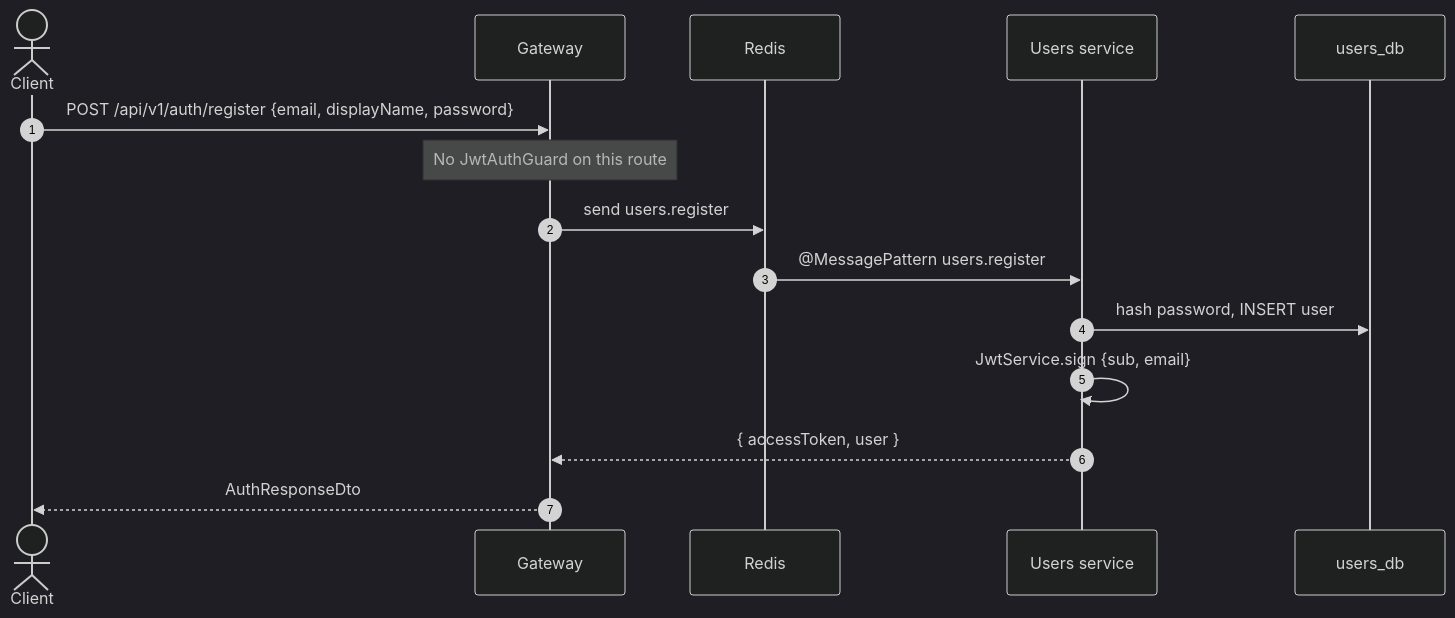
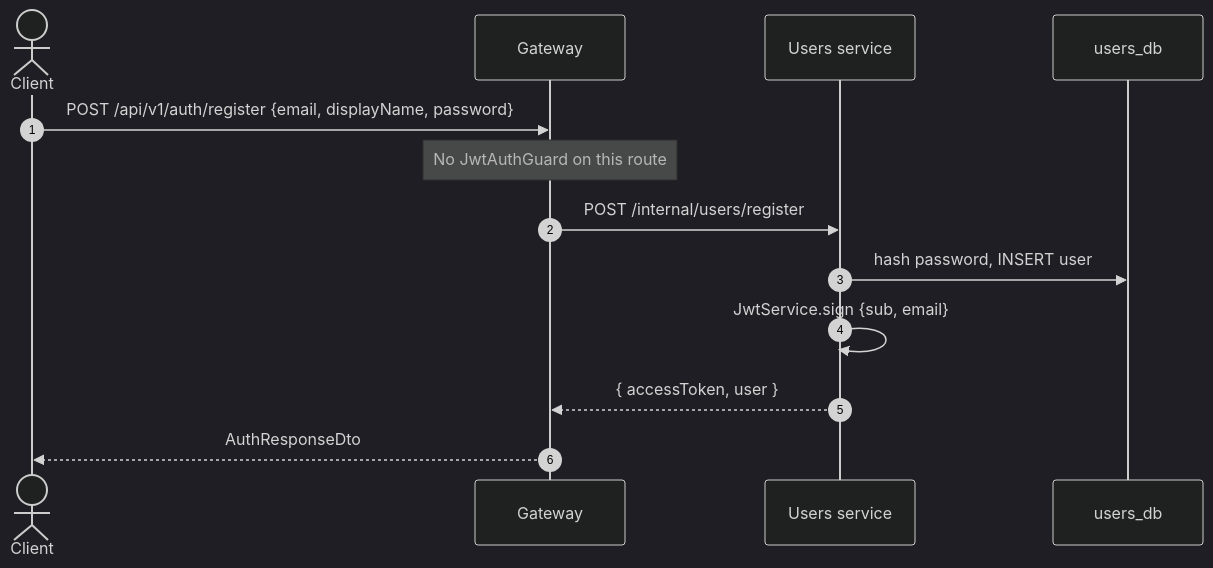
The fourth of 5 diagrams in docs/REQUEST_FLOW.md (shanecjones1999/expense-splitter), drawn with Mermaid (dark theme) before and after one commit. The commit also changed other lines of this file and 46 other files, not shown here.

````diff
--- a/docs/REQUEST_FLOW.md
+++ b/docs/REQUEST_FLOW.md
@@ -113,18 +107,16 @@
 ```mermaid
 sequenceDiagram
   autonumber
   actor Client
   participant GW as Gateway
-  participant Redis
   participant Users as Users service
   participant UsersDB as users_db
 
   Client->>GW: POST /api/v1/auth/register {email, displayName, password}
   Note over GW: No JwtAuthGuard on this route
-  GW->>Redis: send users.register
-  Redis->>Users: @MessagePattern users.register
+  GW->>Users: POST /internal/users/register
   Users->>UsersDB: hash password, INSERT user
   Users->>Users: JwtService.sign {sub, email}
   Users-->>GW: { accessToken, user }
   GW-->>Client: AuthResponseDto
 ```
````
